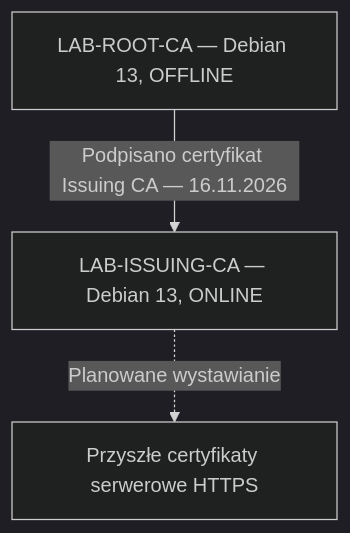
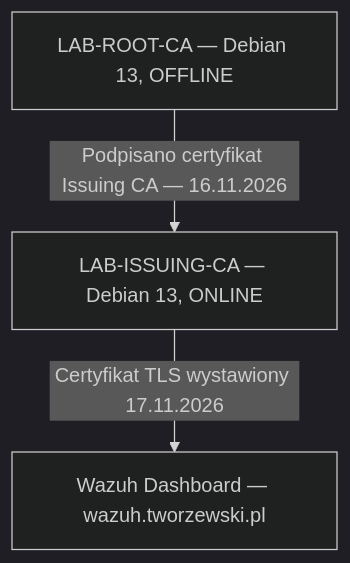
One commit to ctworzewski/home-it-lab changed the diagram in network-security/Certificates/01-Two-Tier-PKI-Deployment/README.md. Above: the diagram before and after it, drawn with Mermaid (dark theme). The commit also changed other lines of this file and 11 other files, not shown here.

Commit message:
docs(pki): complete two-tier PKI and Wazuh TLS deployment

````diff
--- a/network-security/Certificates/01-Two-Tier-PKI-Deployment/README.md
+++ b/network-security/Certificates/01-Two-Tier-PKI-Deployment/README.md
@@ -10,8 +11,8 @@
 ```mermaid
 flowchart TB
   ROOT["LAB-ROOT-CA — Debian 13, OFFLINE"]
   ISS["LAB-ISSUING-CA — Debian 13, ONLINE"]
-  TLS["Przyszłe certyfikaty serwerowe HTTPS"]
+  TLS["Wazuh Dashboard — wazuh.tworzewski.pl"]
   ROOT -->|"Podpisano certyfikat Issuing CA — 16.11.2026"| ISS
-  ISS -.->|"Planowane wystawianie"| TLS
+  ISS -->|"Certyfikat TLS wystawiony 17.11.2026"| TLS
 ```
````
